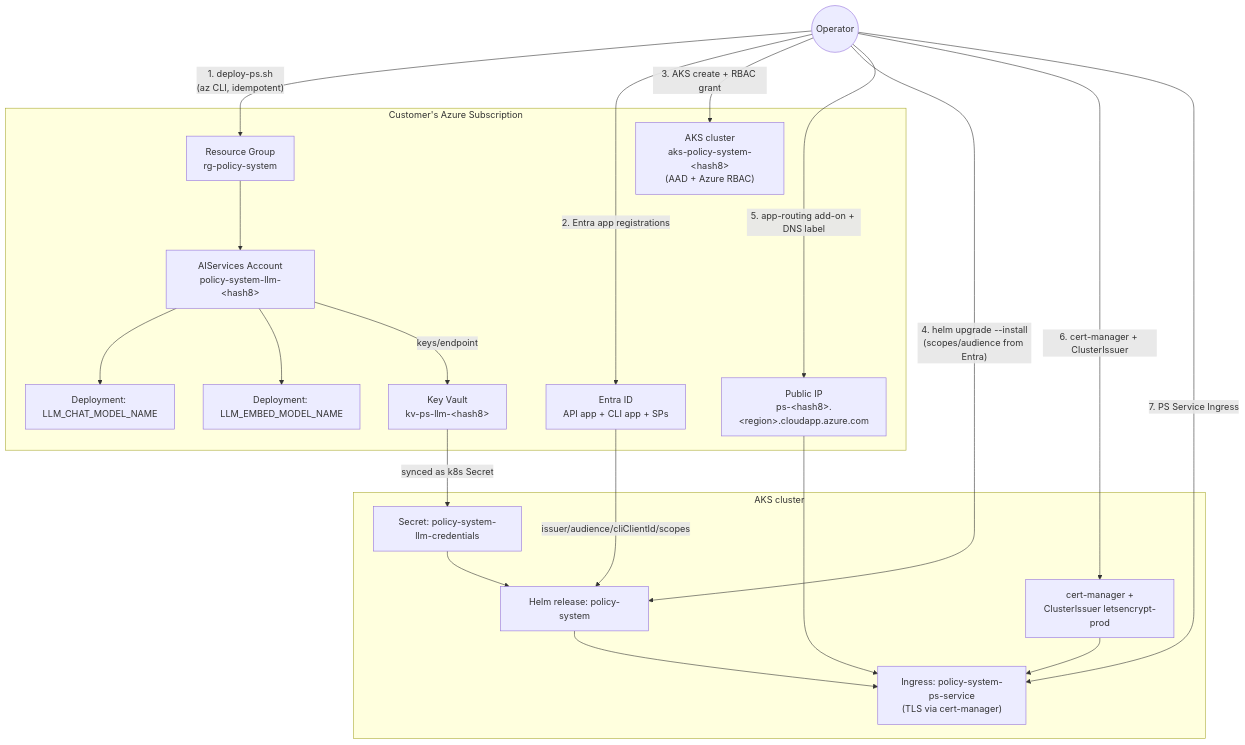
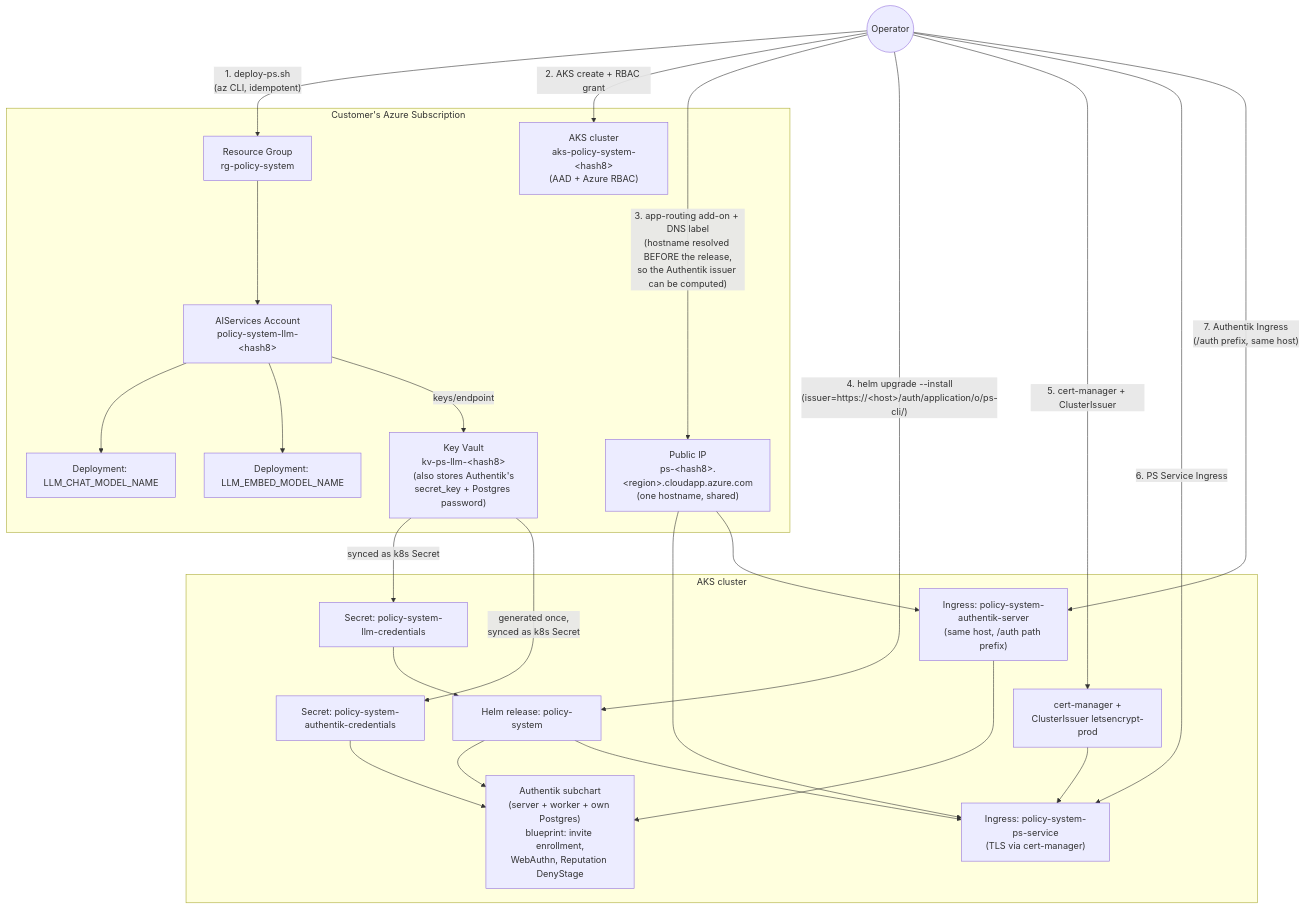
One commit to mindovermachine-dev/policy-system changed the diagram in docs/architecture/customer-azure-deployment.md. Above: the diagram before and after it, drawn with Mermaid. The commit also changed other lines of this file and 42 other files, not shown here.

First line of the commit message:
feat(helm/ps-service): bundle Authentik as broker with invite-only production signup - resolves #129

````diff
--- a/docs/architecture/customer-azure-deployment.md
+++ b/docs/architecture/customer-azure-deployment.md
@@ -79,39 +82,45 @@
 ```mermaid
 graph TB
     Operator((Operator))
 
     subgraph Azure["Customer's Azure Subscription"]
         RG["Resource Group\nrg-policy-system"]
         AIS["AIServices Account\npolicy-system-llm-&lt;hash8&gt;"]
         Dep1["Deployment: LLM_CHAT_MODEL_NAME"]
         Dep2["Deployment: LLM_EMBED_MODEL_NAME"]
-        KV["Key Vault\nkv-ps-llm-&lt;hash8&gt;"]
-        Entra["Entra ID\nAPI app + CLI app + SPs"]
+        KV["Key Vault\nkv-ps-llm-&lt;hash8&gt;\n(also stores Authentik's\nsecret_key + Postgres password)"]
         AKS["AKS cluster\naks-policy-system-&lt;hash8&gt;\n(AAD + Azure RBAC)"]
-        PublicIP["Public IP\nps-&lt;hash8&gt;.&lt;region&gt;.cloudapp.azure.com"]
+        PublicIP["Public IP\nps-&lt;hash8&gt;.&lt;region&gt;.cloudapp.azure.com\n(one hostname, shared)"]
     end
 
     subgraph Cluster["AKS cluster"]
         Secret["Secret: policy-system-llm-credentials"]
+        AuthSecret["Secret: policy-system-authentik-credentials"]
+        Authentik["Authentik subchart\n(server + worker + own Postgres)\nblueprint: invite enrollment,\nWebAuthn, Reputation DenyStage"]
         Release["Helm release: policy-system"]
         CertMgr["cert-manager +\nClusterIssuer letsencrypt-prod"]
-        Ingress["Ingress: policy-system-ps-service\n(TLS via cert-manager)"]
+        IngressPS["Ingress: policy-system-ps-service\n(TLS via cert-manager)"]
+        IngressAuth["Ingress: policy-system-authentik-server\n(same host, /auth path prefix)"]
     end
 
     Operator -- "1. deploy-ps.sh\n(az CLI, idempotent)" --> RG
     RG --> AIS --> Dep1
     AIS --> Dep2
     AIS -- "keys/endpoint" --> KV
-    Operator -- "2. Entra app registrations" --> Entra
-    Operator -- "3. AKS create + RBAC grant" --> AKS
+    Operator -- "2. AKS create + RBAC grant" --> AKS
     KV -- "synced as k8s Secret" --> Secret
-    Operator -- "4. helm upgrade --install\n(scopes/audience from Entra)" --> Release
+    KV -- "generated once,\nsynced as k8s Secret" --> AuthSecret
+    AuthSecret --> Authentik
+    Operator -- "3. app-routing add-on + DNS label\n(hostname resolved BEFORE the release,\nso the Authentik issuer can be computed)" --> PublicIP
+    Operator -- "4. helm upgrade --install\n(issuer=https://&lt;host&gt;/auth/application/o/ps-cli/)" --> Release
     Secret --> Release
-    Entra -- "issuer/audience/cliClientId/scopes" --> Release
-    Operator -- "5. app-routing add-on + DNS label" --> PublicIP
-    Operator -- "6. cert-manager + ClusterIssuer" --> CertMgr
-    Operator -- "7. PS Service Ingress" --> Ingress
-    PublicIP --> Ingress
-    CertMgr --> Ingress
-    Release --> Ingress
+    Release --> Authentik
+    Operator -- "5. cert-manager + ClusterIssuer" --> CertMgr
+    Operator -- "6. PS Service Ingress" --> IngressPS
+    Operator -- "7. Authentik Ingress\n(/auth prefix, same host)" --> IngressAuth
+    PublicIP --> IngressPS
+    PublicIP --> IngressAuth
+    CertMgr --> IngressPS
+    Release --> IngressPS
+    IngressAuth --> Authentik
 ```
````
